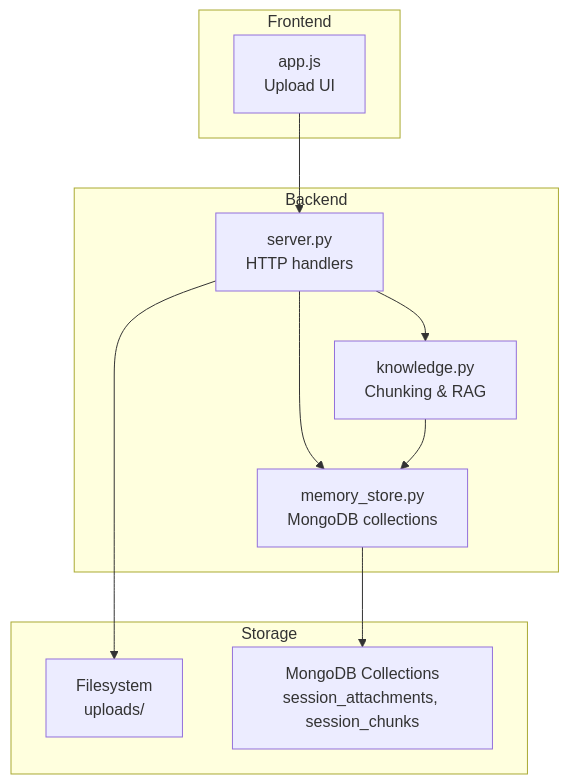
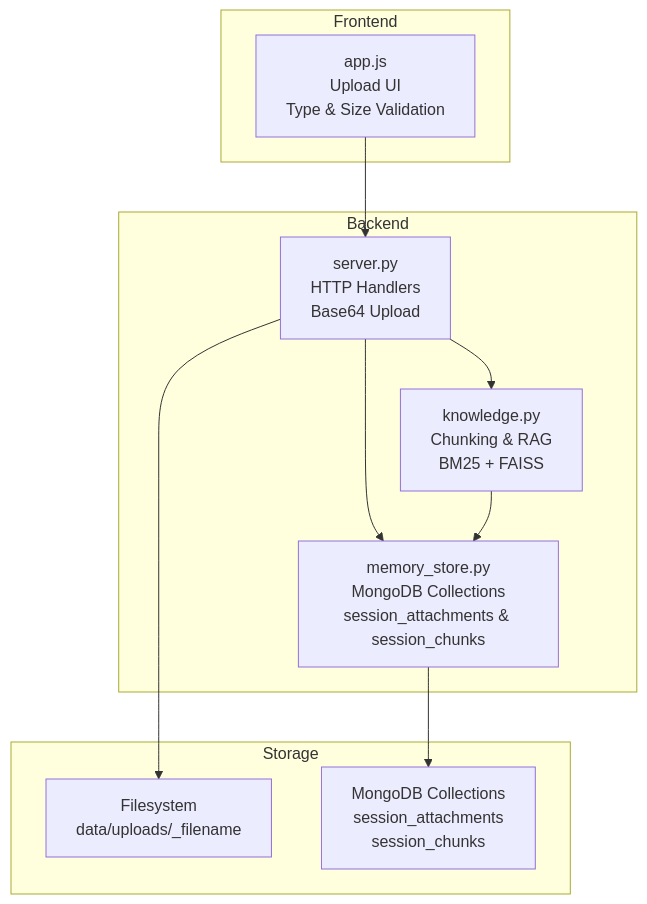
One commit to Sovetsky-Soyuz/AI-Assistant changed the first of 7 diagrams in .qoder/repowiki/en/content/Backend Components/Memory Management and Persistence/Attachment and File Management.md. Above: the diagram before and after it, drawn with Mermaid. The commit also changed other lines of this file and 14 other files, not shown here.

````diff
--- a/.qoder/repowiki/en/content/Backend Components/Memory Management and Persistence/Attachment and File Management.md
+++ b/.qoder/repowiki/en/content/Backend Components/Memory Management and Persistence/Attachment and File Management.md
@@ -34,21 +41,21 @@
 ```mermaid
 graph TB
 subgraph "Frontend"
-FE["app.js<br/>Upload UI"]
+FE["app.js<br/>Upload UI<br/>Type & Size Validation"]
 end
 subgraph "Backend"
-Srv["server.py<br/>HTTP handlers"]
-MS["memory_store.py<br/>MongoDB collections"]
-KGS["knowledge.py<br/>Chunking & RAG"]
+Srv["server.py<br/>HTTP Handlers<br/>Base64 Upload"]
+MS["memory_store.py<br/>MongoDB Collections<br/>session_attachments & session_chunks"]
+KGS["knowledge.py<br/>Chunking & RAG<br/>BM25 + FAISS"]
 end
 subgraph "Storage"
-FS["Filesystem<br/>uploads/"]
-DB["MongoDB Collections<br/>session_attachments, session_chunks"]
+FS["Filesystem<br/>data/uploads/<session_id>_filename"]
+DB["MongoDB Collections<br/>session_attachments<br/>session_chunks"]
 end
 FE --> Srv
 Srv --> MS
 Srv --> KGS
 KGS --> MS
 Srv --> FS
 MS --> DB
 ```
````
